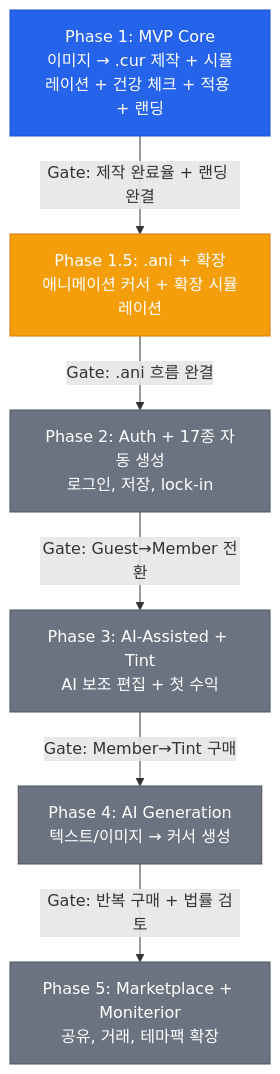
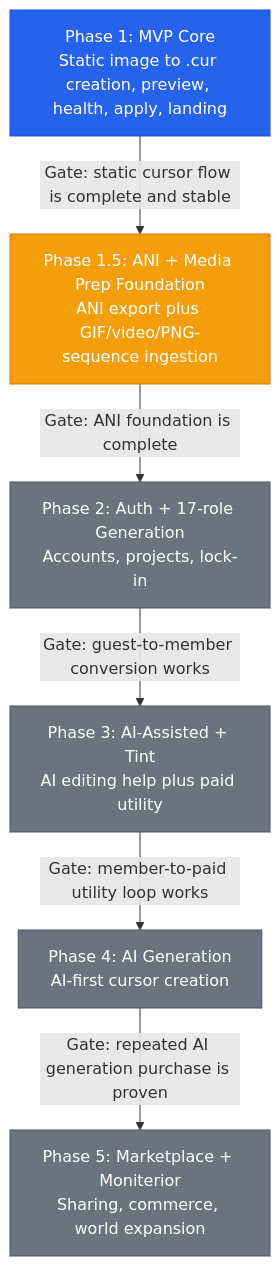
One commit to ming2tofu33/pointint changed the diagram in point/06-Implementation/Phase-Flow.md. Above: the diagram before and after it, drawn with Mermaid. The commit also changed other lines of this file and 18 other files, not shown here.

Commit message:
docs(point): align roadmap and migrate plans

````diff
--- a/point/06-Implementation/Phase-Flow.md
+++ b/point/06-Implementation/Phase-Flow.md
@@ -36,22 +39,22 @@
 ```mermaid
 graph TD
-    P1["Phase 1: MVP Core<br/>이미지 → .cur 제작 + 시뮬레이션 + 건강 체크 + 적용 + 랜딩"]
-    P15["Phase 1.5: .ani + 확장<br/>애니메이션 커서 + 확장 시뮬레이션"]
-    P2["Phase 2: Auth + 17종 자동 생성<br/>로그인, 저장, lock-in"]
-    P3["Phase 3: AI-Assisted + Tint<br/>AI 보조 편집 + 첫 수익"]
-    P4["Phase 4: AI Generation<br/>텍스트/이미지 → 커서 생성"]
-    P5["Phase 5: Marketplace + Moniterior<br/>공유, 거래, 테마팩 확장"]
+    P1["Phase 1: MVP Core<br/>Static image to .cur creation, preview, health, apply, landing"]
+    P15["Phase 1.5: ANI + Media Prep Foundation<br/>ANI export plus GIF/video/PNG-sequence ingestion"]
+    P2["Phase 2: Auth + 17-role Generation<br/>Accounts, projects, lock-in"]
+    P3["Phase 3: AI-Assisted + Tint<br/>AI editing help plus paid utility"]
+    P4["Phase 4: AI Generation<br/>AI-first cursor creation"]
+    P5["Phase 5: Marketplace + Moniterior<br/>Sharing, commerce, world expansion"]
 
-    P1 -->|"Gate: 제작 완료율 + 랜딩 완결"| P15
-    P15 -->|"Gate: .ani 흐름 완결"| P2
-    P2 -->|"Gate: Guest→Member 전환"| P3
-    P3 -->|"Gate: Member→Tint 구매"| P4
-    P4 -->|"Gate: 반복 구매 + 법률 검토"| P5
+    P1 -->|"Gate: static cursor flow is complete and stable"| P15
+    P15 -->|"Gate: ANI foundation is complete"| P2
+    P2 -->|"Gate: guest-to-member conversion works"| P3
+    P3 -->|"Gate: member-to-paid utility loop works"| P4
+    P4 -->|"Gate: repeated AI generation purchase is proven"| P5
 
     style P1 fill:#2563eb,stroke:#1d4ed8,color:#fff
     style P15 fill:#f59e0b,stroke:#d97706,color:#fff
     style P2 fill:#6b7280,stroke:#4b5563,color:#fff
     style P3 fill:#6b7280,stroke:#4b5563,color:#fff
     style P4 fill:#6b7280,stroke:#4b5563,color:#fff
     style P5 fill:#6b7280,stroke:#4b5563,color:#fff
 ```
````
